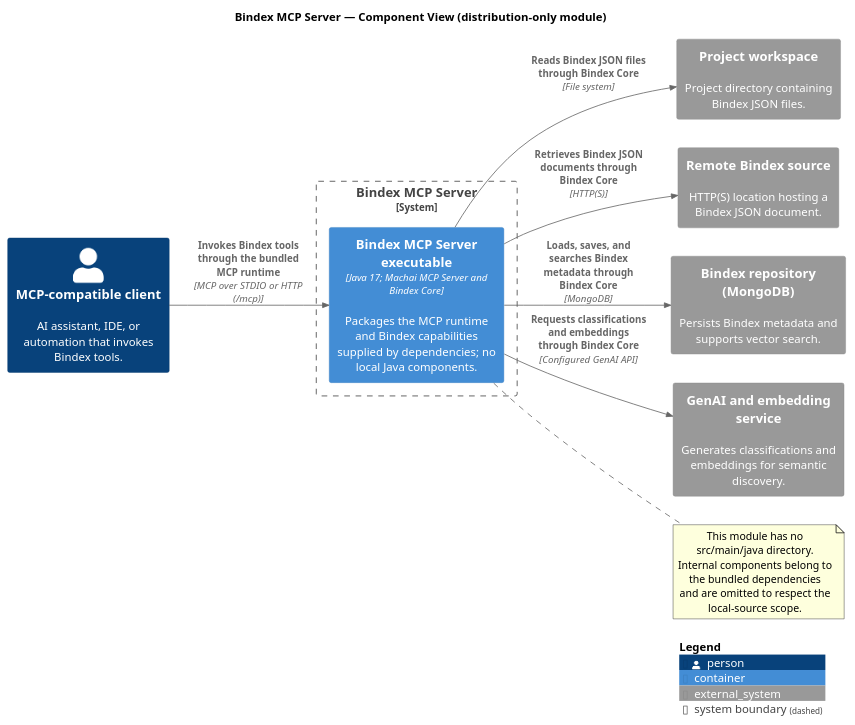
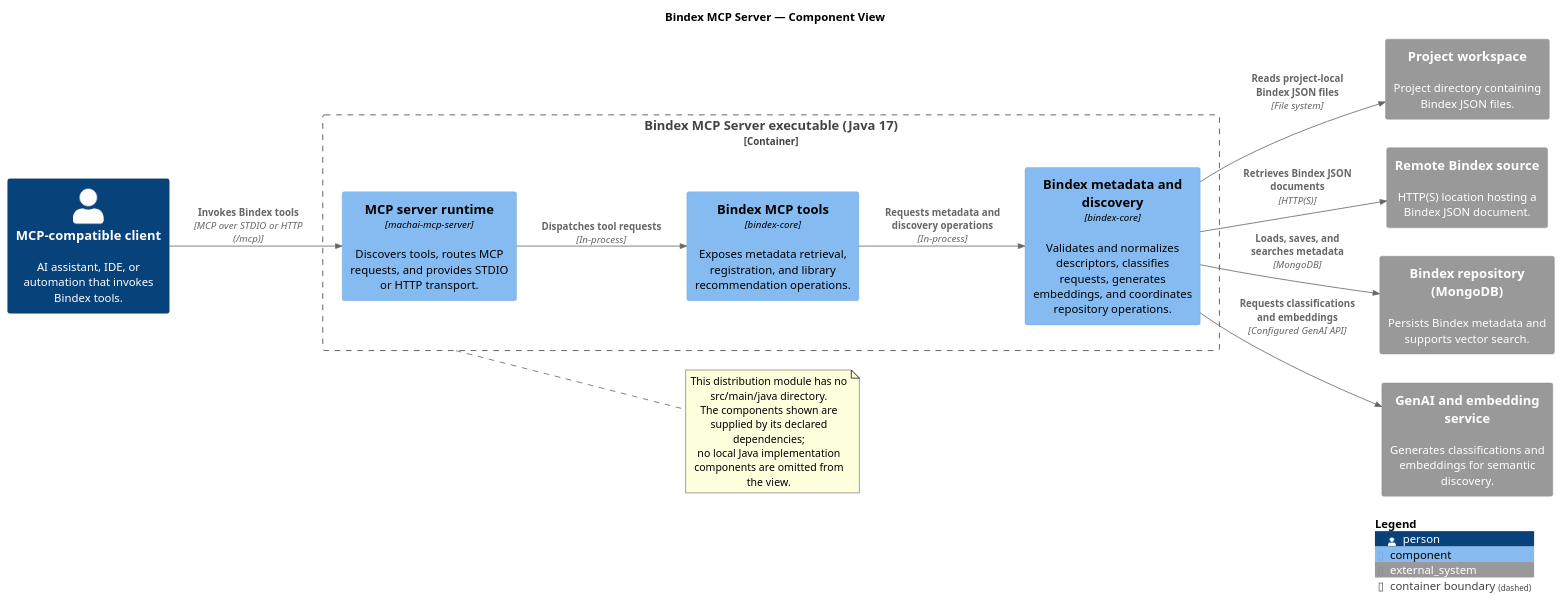
One commit to machanism-org/bindex-mcp-server changed the diagram in src/site/puml/c4-diagram.puml. Above: the diagram before and after it, drawn with PlantUML.

Commit message:
docs: add Bindex MCP server component diagram
The diagram maps MCP clients through the server runtime, tools, and metadata services to their workspace, remote source, MongoDB, and GenAI dependencies.
It documents each component responsibility and the request and data flows over STDIO, HTTP, filesystem, MongoDB, and the configured GenAI API.
A note clarifies that the depicted Java components come from declared dependencies because this distribution module has no local Java sources.

```diff
--- a/src/site/puml/c4-diagram.puml
+++ b/src/site/puml/c4-diagram.puml
@@ -10,31 +10,35 @@
 @startuml BindexMcpServerComponentDiagram
 !include https://raw.githubusercontent.com/plantuml-stdlib/C4-PlantUML/master/C4_Component.puml
 
-title Bindex MCP Server — Component View (distribution-only module)
+title Bindex MCP Server — Component View
 
 LAYOUT_LEFT_RIGHT()
 
 Person(mcpClient, "MCP-compatible client", "AI assistant, IDE, or automation that invokes Bindex tools.")
 System_Ext(projectWorkspace, "Project workspace", "Project directory containing Bindex JSON files.")
 System_Ext(remoteBindexSource, "Remote Bindex source", "HTTP(S) location hosting a Bindex JSON document.")
 System_Ext(mongoDb, "Bindex repository (MongoDB)", "Persists Bindex metadata and supports vector search.")
 System_Ext(genAiService, "GenAI and embedding service", "Generates classifications and embeddings for semantic discovery.")
 
-System_Boundary(bindexServer, "Bindex MCP Server") {
-    Container(serverApplication, "Bindex MCP Server executable", "Java 17; Machai MCP Server and Bindex Core", "Packages the MCP runtime and Bindex capabilities supplied by dependencies; no local Java components.")
+Container_Boundary(bindexServer, "Bindex MCP Server executable (Java 17)") {
+    Component(mcpRuntime, "MCP server runtime", "machai-mcp-server", "Discovers tools, routes MCP requests, and provides STDIO or HTTP transport.")
+    Component(bindexTools, "Bindex MCP tools", "bindex-core", "Exposes metadata retrieval, registration, and library recommendation operations.")
+    Component(bindexServices, "Bindex metadata and discovery", "bindex-core", "Validates and normalizes descriptors, classifies requests, generates embeddings, and coordinates repository operations.")
 }
 
-note right of serverApplication
-    This module has no src/main/java directory.
-    Internal components belong to the bundled dependencies
-    and are omitted to respect the local-source scope.
+note right of bindexServer
+    This distribution module has no src/main/java directory.
+    The components shown are supplied by its declared dependencies;
+    no local Java implementation components are omitted from the view.
 end note
 
-Rel(mcpClient, serverApplication, "Invokes Bindex tools through the bundled MCP runtime", "MCP over STDIO or HTTP (/mcp)")
-Rel(serverApplication, projectWorkspace, "Reads Bindex JSON files through Bindex Core", "File system")
-Rel(serverApplication, remoteBindexSource, "Retrieves Bindex JSON documents through Bindex Core", "HTTP(S)")
-Rel(serverApplication, mongoDb, "Loads, saves, and searches Bindex metadata through Bindex Core", "MongoDB")
-Rel(serverApplication, genAiService, "Requests classifications and embeddings through Bindex Core", "Configured GenAI API")
+Rel(mcpClient, mcpRuntime, "Invokes Bindex tools", "MCP over STDIO or HTTP (/mcp)")
+Rel(mcpRuntime, bindexTools, "Dispatches tool requests", "In-process")
+Rel(bindexTools, bindexServices, "Requests metadata and discovery operations", "In-process")
+Rel(bindexServices, projectWorkspace, "Reads project-local Bindex JSON files", "File system")
+Rel(bindexServices, remoteBindexSource, "Retrieves Bindex JSON documents", "HTTP(S)")
+Rel(bindexServices, mongoDb, "Loads, saves, and searches metadata", "MongoDB")
+Rel(bindexServices, genAiService, "Requests classifications and embeddings", "Configured GenAI API")
 
 SHOW_LEGEND()
 @enduml
```
